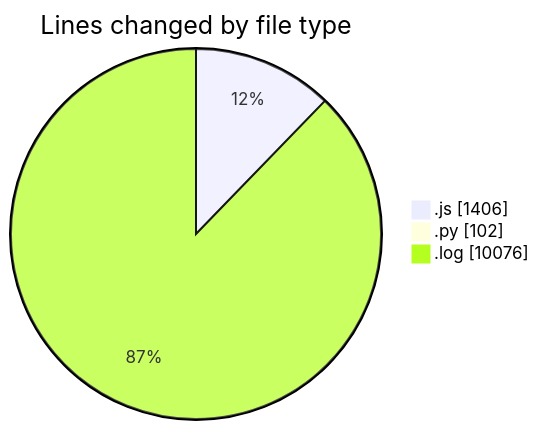
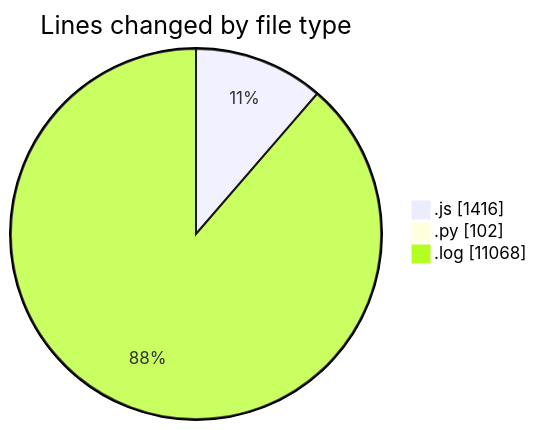
One commit to nxtqubesakshisongat/code-tracking changed the first of 2 diagrams in 2025-04-14/nxtqube_webapp/README.md. Above: the diagram before and after it, drawn with Mermaid. The commit also changed other lines of this file and 1 other file, not shown here.

````diff
--- a/2025-04-14/nxtqube_webapp/README.md
+++ b/2025-04-14/nxtqube_webapp/README.md
@@ -26,7 +26,7 @@
 ```mermaid
 pie showData
 title Lines changed by file type
-".js" : 1406
+".js" : 1416
 ".py" : 102
-".log" : 10076
+".log" : 11068
 ```
````
